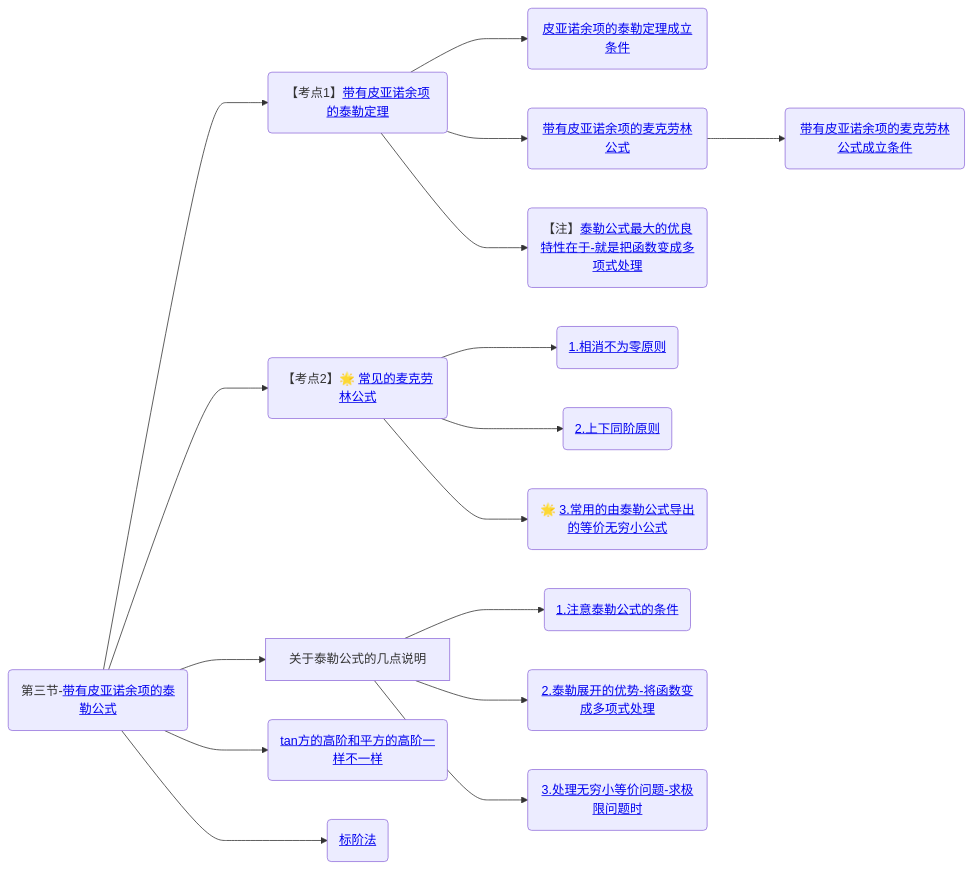
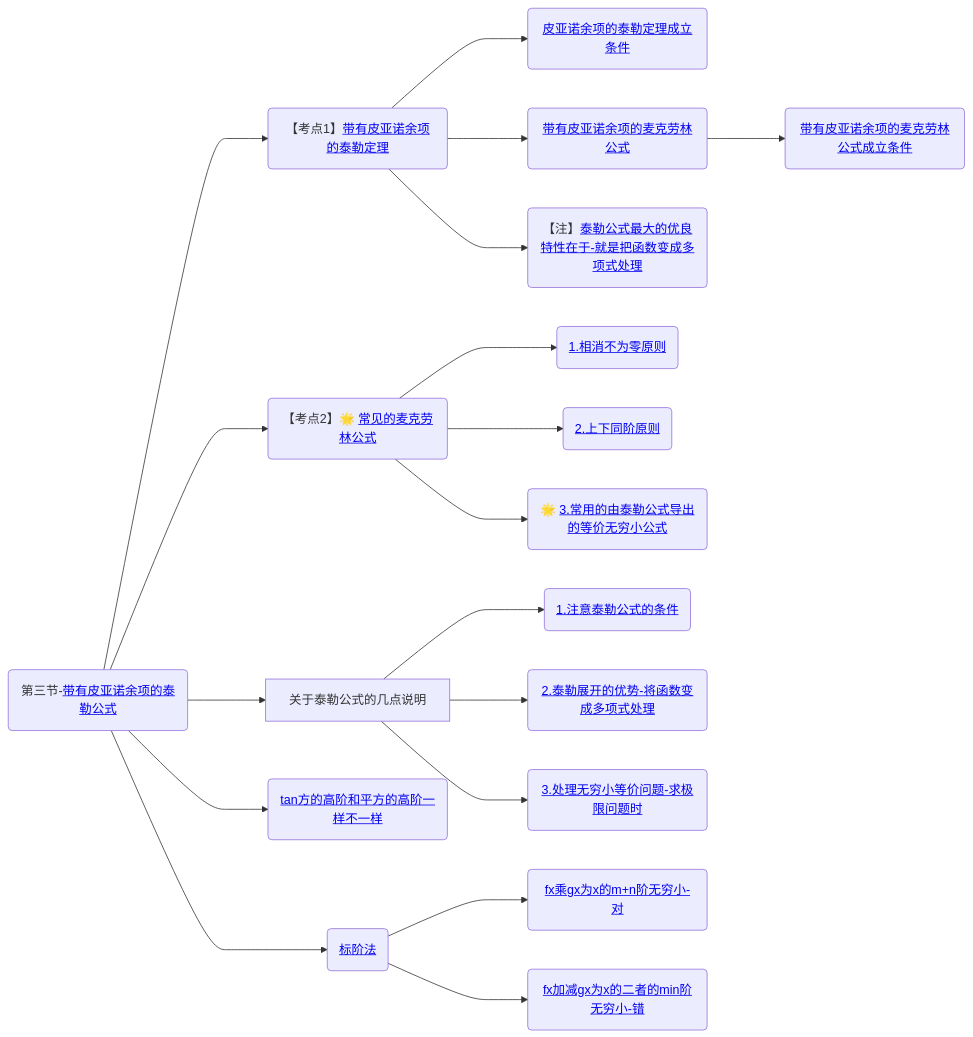
One commit to yuebinghui/note changed the third of 3 diagrams in 笔记/数学/周洋鑫/基础班/00.大纲.md. Above: the diagram before and after it, drawn with Mermaid. The commit also changed 5 other files, not shown here.

````diff
--- a/笔记/数学/周洋鑫/基础班/00.大纲.md
+++ b/笔记/数学/周洋鑫/基础班/00.大纲.md
@@ -88,24 +88,26 @@
 ```mermaid
 graph LR
 
 带有皮亚诺余项的泰勒公式(第三节-<a href="/Users/yuebinghui/Documents/program/github/note/笔记/数学/周洋鑫/基础班/03.泰勒公式-洛必达法则.md#带有皮亚诺余项的泰勒公式">带有皮亚诺余项的泰勒公式</>)
 
 带有皮亚诺余项的泰勒公式--->带有皮亚诺余项的泰勒定理(【考点1】<a href="/Users/yuebinghui/Documents/program/github/note/笔记/数学/周洋鑫/基础班/03.泰勒公式-洛必达法则.md#带有皮亚诺余项的泰勒定理">带有皮亚诺余项的泰勒定理</>)
 带有皮亚诺余项的泰勒定理--->皮亚诺余项的泰勒定理成立条件(<a href="/Users/yuebinghui/Documents/program/github/note/笔记/数学/周洋鑫/基础班/03.泰勒公式-洛必达法则.md#皮亚诺余项的泰勒定理成立条件">皮亚诺余项的泰勒定理成立条件</>)
 带有皮亚诺余项的泰勒定理--->带有皮亚诺余项的麦克劳林公式(<a href="/Users/yuebinghui/Documents/program/github/note/笔记/数学/周洋鑫/基础班/03.泰勒公式-洛必达法则.md#带有皮亚诺余项的麦克劳林公式">带有皮亚诺余项的麦克劳林公式</>)
 带有皮亚诺余项的麦克劳林公式--->带有皮亚诺余项的麦克劳林公式成立条件(<a href="/Users/yuebinghui/Documents/program/github/note/笔记/数学/周洋鑫/基础班/03.泰勒公式-洛必达法则.md#带有皮亚诺余项的麦克劳林公式成立条件">带有皮亚诺余项的麦克劳林公式成立条件</>)
 带有皮亚诺余项的泰勒定理--->泰勒公式最大的优良特性在于-就是把函数变成多项式处理(【注】<a href="/Users/yuebinghui/Documents/program/github/note/笔记/数学/周洋鑫/基础班/03.泰勒公式-洛必达法则.md#泰勒公式最大的优良特性在于-就是把函数变成多项式处理">泰勒公式最大的优良特性在于-就是把函数变成多项式处理</>)
 
 带有皮亚诺余项的泰勒公式--->常见的麦克劳林公式(【考点2】🌟 <a href="/Users/yuebinghui/Documents/program/github/note/笔记/数学/周洋鑫/基础班/03.泰勒公式-洛必达法则.md#常见的麦克劳林公式">常见的麦克劳林公式</>)
 常见的麦克劳林公式--->1.相消不为零原则(<a href="/Users/yuebinghui/Documents/program/github/note/笔记/数学/周洋鑫/基础班/03.泰勒公式-洛必达法则.md#1.相消不为零原则">1.相消不为零原则</>)
 常见的麦克劳林公式--->2.上下同阶原则(<a href="/Users/yuebinghui/Documents/program/github/note/笔记/数学/周洋鑫/基础班/03.泰勒公式-洛必达法则.md#2.上下同阶原则">2.上下同阶原则</>)
 常见的麦克劳林公式--->3.常用的由泰勒公式导出的等价无穷小公式(🌟 <a href="/Users/yuebinghui/Documents/program/github/note/笔记/数学/周洋鑫/基础班/03.泰勒公式-洛必达法则.md#3.常用的由泰勒公式导出的等价无穷小公式">3.常用的由泰勒公式导出的等价无穷小公式</>)
 带有皮亚诺余项的泰勒公式--->关于泰勒公式的几点说明
 关于泰勒公式的几点说明--->1.注意泰勒公式的条件(<a href="/Users/yuebinghui/Documents/program/github/note/笔记/数学/周洋鑫/基础班/03.泰勒公式-洛必达法则.md#1.注意泰勒公式的条件">1.注意泰勒公式的条件</>)
 关于泰勒公式的几点说明--->2.泰勒展开的优势-将函数变成多项式处理(<a href="/Users/yuebinghui/Documents/program/github/note/笔记/数学/周洋鑫/基础班/03.泰勒公式-洛必达法则.md#2.泰勒展开的优势-将函数变成多项式处理">2.泰勒展开的优势-将函数变成多项式处理</>)
 关于泰勒公式的几点说明--->3.处理无穷小等价问题-求极限问题时(<a href="/Users/yuebinghui/Documents/program/github/note/笔记/数学/周洋鑫/基础班/03.泰勒公式-洛必达法则.md#3.处理无穷小等价问题-求极限问题时">3.处理无穷小等价问题-求极限问题时</>)
 
 带有皮亚诺余项的泰勒公式--->tan方的高阶和平方的高阶一样不一样(<a href="/Users/yuebinghui/Documents/program/github/note/笔记/数学/周洋鑫/基础班/03.泰勒公式-洛必达法则.md#tan方的高阶和平方的高阶一样不一样">tan方的高阶和平方的高阶一样不一样</>)
 
 带有皮亚诺余项的泰勒公式--->标阶法(<a href="/Users/yuebinghui/Documents/program/github/note/笔记/数学/周洋鑫/基础班/03.泰勒公式-洛必达法则.md#标阶法">标阶法</>)
+标阶法--->fx乘gx为x的m+n阶无穷小-对(<a href="/Users/yuebinghui/Documents/program/github/note/笔记/数学/周洋鑫/基础班/03.泰勒公式-洛必达法则.md#fx乘gx为x的m+n阶无穷小-对">fx乘gx为x的m+n阶无穷小-对</>)
+标阶法--->fx加减gx为x的二者的min阶无穷小-错(<a href="/Users/yuebinghui/Documents/program/github/note/笔记/数学/周洋鑫/基础班/03.泰勒公式-洛必达法则.md#fx加减gx为x的二者的min阶无穷小-错">fx加减gx为x的二者的min阶无穷小-错</>)
 ```
````
